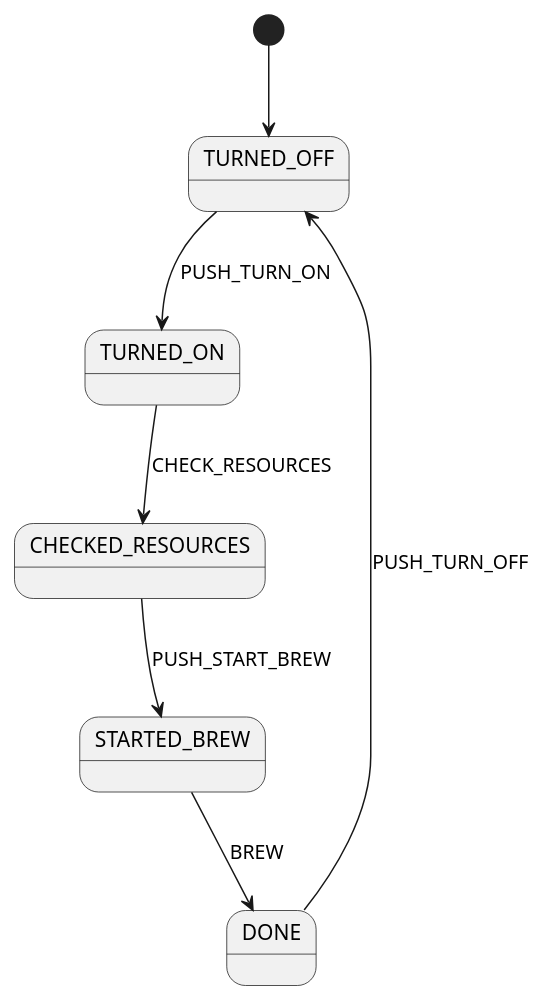
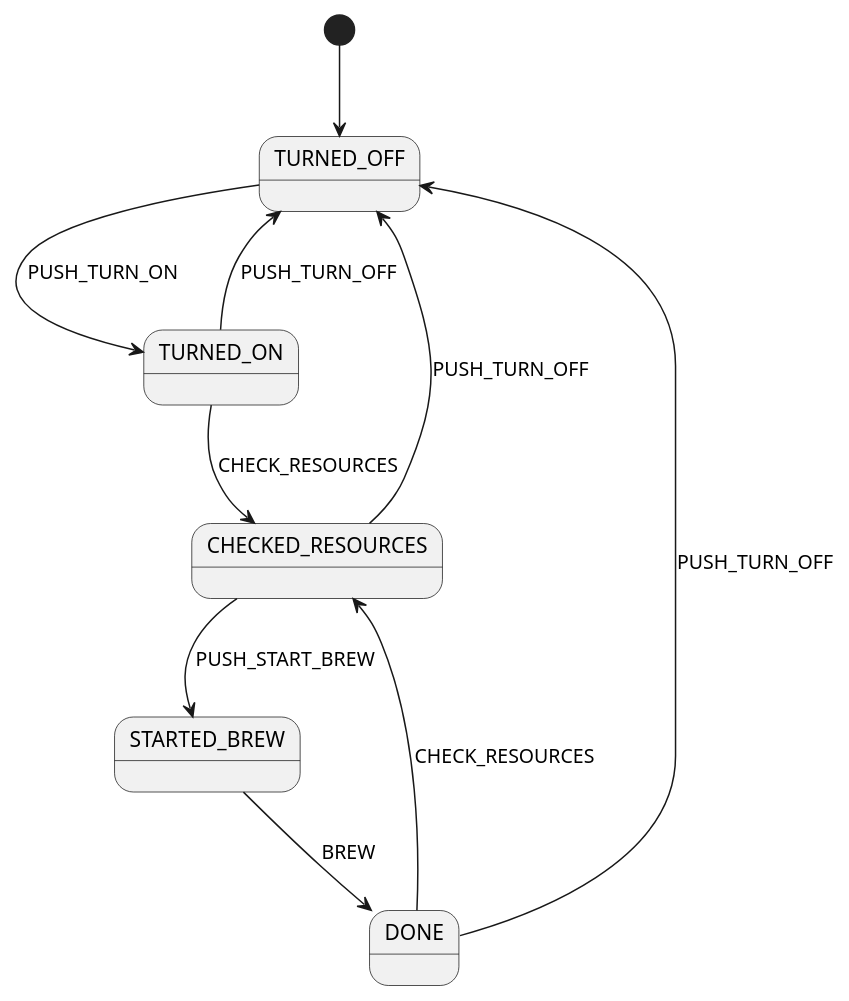
One commit to solnce52004/coffeemachine changed the diagram in uml/graph.puml. Above: the diagram before and after it, drawn with PlantUML. The commit also changed 15 other files, not shown here.

```diff
--- a/uml/graph.puml
+++ b/uml/graph.puml
@@ -1,10 +1,16 @@
 @startuml
 
   [*] --> TURNED_OFF
   TURNED_OFF --> TURNED_ON : PUSH_TURN_ON
+
   TURNED_ON --> CHECKED_RESOURCES : CHECK_RESOURCES
+  TURNED_ON --> TURNED_OFF : PUSH_TURN_OFF
+
   CHECKED_RESOURCES --> STARTED_BREW : PUSH_START_BREW
+  CHECKED_RESOURCES --> TURNED_OFF : PUSH_TURN_OFF
+
   STARTED_BREW --> DONE : BREW
+  DONE --> CHECKED_RESOURCES : CHECK_RESOURCES
   DONE --> TURNED_OFF : PUSH_TURN_OFF
 
 @enduml
```
